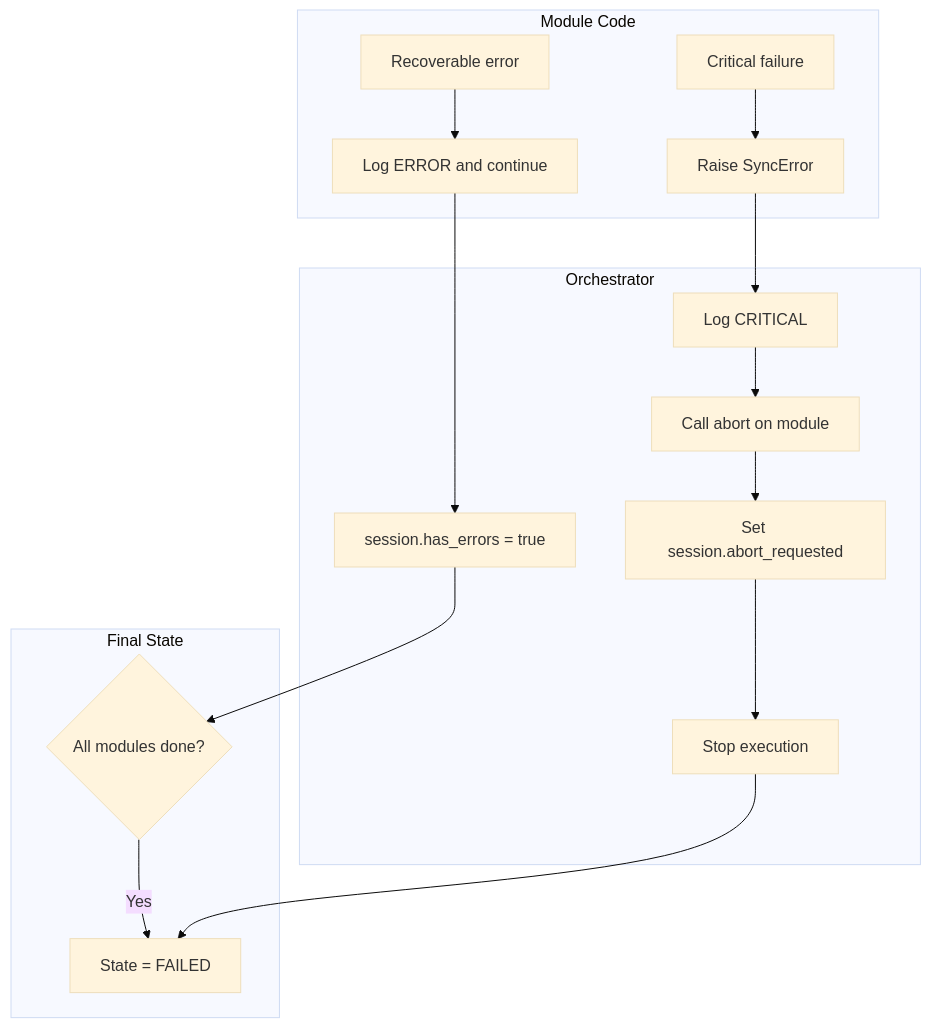
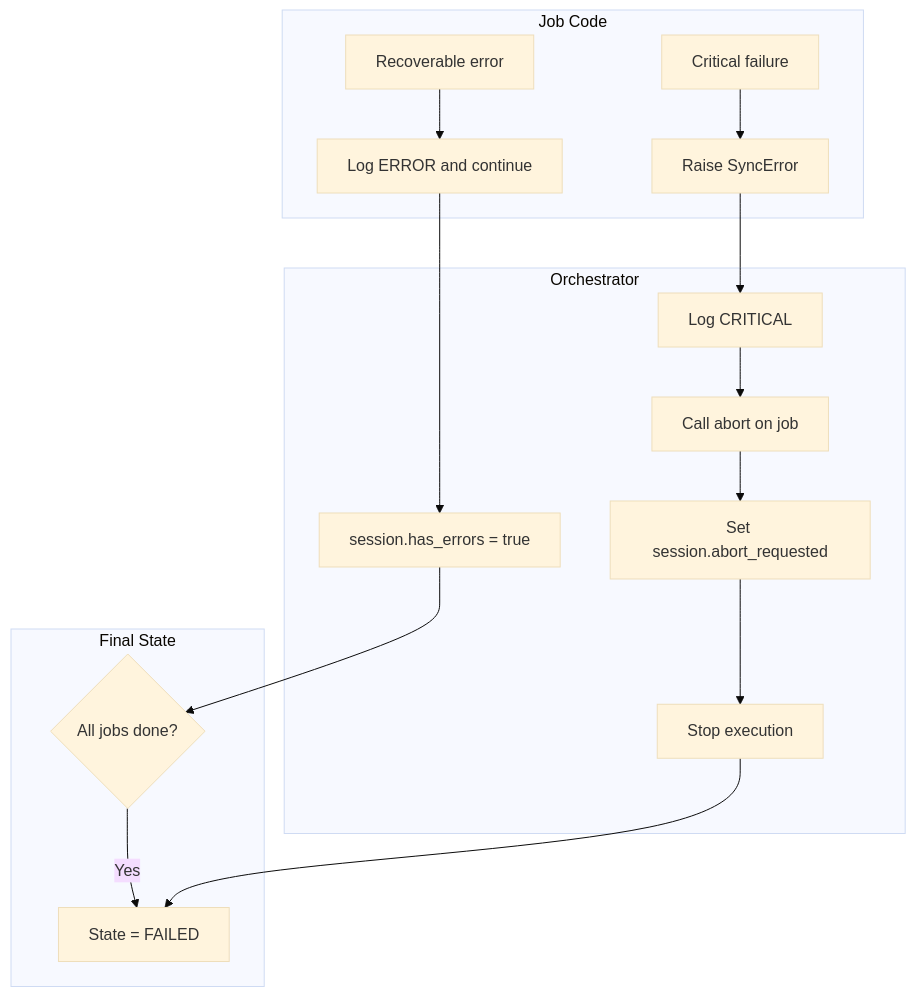
Before and after one commit to flaksit/pc-switcher: diagram 11 of 13 in ARCHITECTURE.md, drawn with Mermaid (base theme). The commit also changed other lines of this file and 39 other files, not shown here.

Commit message:
rename Module to Job

````diff
--- a/ARCHITECTURE.md
+++ b/ARCHITECTURE.md
@@ -335,21 +335,21 @@
 ```mermaid
 flowchart TD
-    subgraph "Module Code"
+    subgraph "Job Code"
         A1[Recoverable error] --> B1[Log ERROR and continue]
         A2[Critical failure] --> B2[Raise SyncError]
     end
 
     subgraph "Orchestrator"
         B1 --> C1[session.has_errors = true]
         B2 --> C2[Log CRITICAL]
-        C2 --> D[Call abort on module]
+        C2 --> D[Call abort on job]
         D --> E[Set session.abort_requested]
         E --> F[Stop execution]
     end
 
     subgraph "Final State"
-        C1 --> G{All modules done?}
+        C1 --> G{All jobs done?}
         G -- Yes --> H[State = FAILED]
         F --> H
     end
 ```
````
